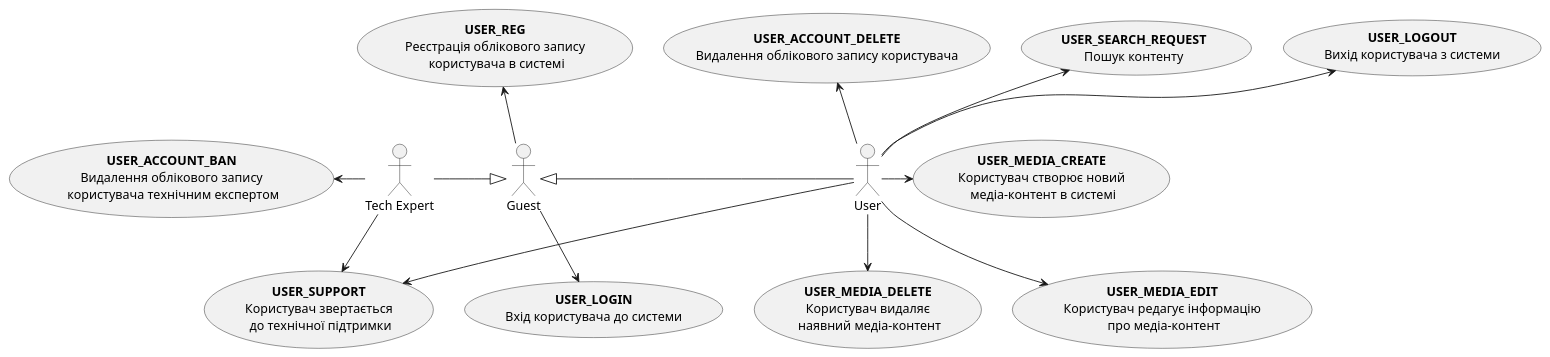
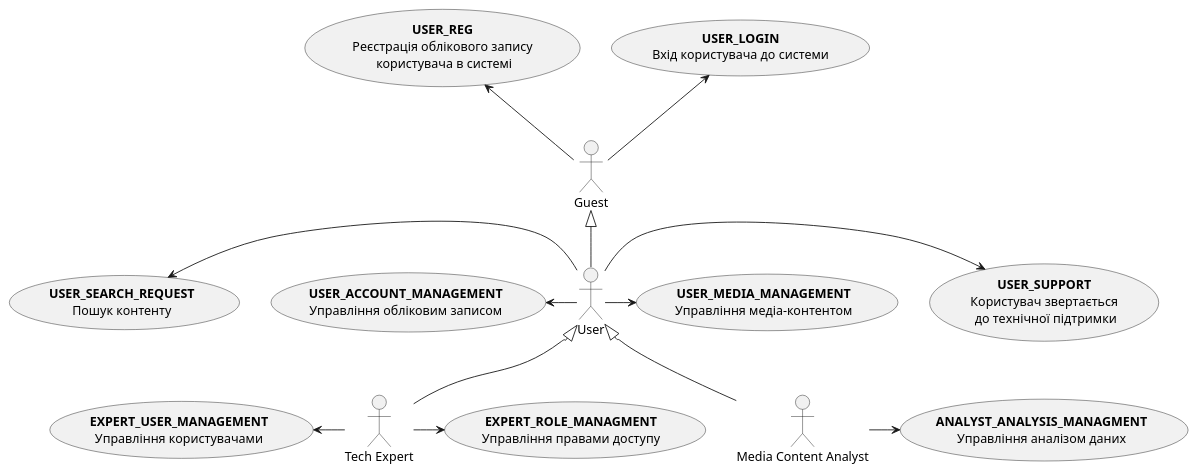
One commit to zhkcll/lab6 changed the first of 17 diagrams in docs/use_cases.md. Above: the diagram before and after it, drawn with PlantUML. The commit also changed other lines of this file, not shown here.

````diff
--- a/docs/use_cases.md
+++ b/docs/use_cases.md
@@ -7,36 +7,39 @@
 ```plantuml
 @startuml
 
     actor "Guest" as Guest
     actor "User" as User
     actor "Tech Expert" as Expert
+    actor "Media Content Analyst" as Analyst
+
 
     usecase "<b>USER_LOGIN</b>\nВхід користувача до системи" as UC_1
     usecase "<b>USER_REG</b>\nРеєстрація облікового запису\n користувача в системі" as UC_2
-    usecase "<b>USER_LOGOUT</b>\nВихід користувача з системи" as UC_3
-    usecase "<b>USER_SEARCH_REQUEST</b>\nПошук контенту" as UC_4
-    usecase "<b>USER_ACCOUNT_DELETE</b>\nВидалення облікового запису користувача" as UC_5
-    usecase "<b>USER_MEDIA_CREATE</b>\nКористувач створює новий\n медіа-контент в системі" as UC_6
-    usecase "<b>USER_MEDIA_DELETE</b>\nКористувач видаляє\n наявний медіа-контент" as UC_7
-    usecase "<b>USER_MEDIA_EDIT</b>\nКористувач редагує інформацію\n про медіа-контент" as UC_8
-    usecase "<b>USER_SUPPORT</b>\nКористувач звертається\n до технічної підтримки" as UC_9
-    usecase "<b>USER_ACCOUNT_BAN</b>\nВидалення облікового запису\n користувача технічним експертом" as UC_10
+    usecase "<b>USER_ACCOUNT_MANAGEMENT</b>\nУправління обліковим записом" as UC_3
+    usecase "<b>USER_MEDIA_MANAGEMENT</b>\nУправління медіа-контентом" as UC_4
+    usecase "<b>USER_SUPPORT</b>\nКористувач звертається\n до технічної підтримки" as UC_5
+    usecase "<b>EXPERT_USER_MANAGEMENT</b>\nУправління користувачами" as UC_6
+    usecase "<b>EXPERT_ROLE_MANAGMENT</b>\nУправління правами доступу" as UC_7
+    usecase "<b>ANALYST_ANALYSIS_MANAGMENT</b>\nУправління аналізом даних" as UC_8
+    usecase "<b>USER_SEARCH_REQUEST</b>\nПошук контенту" as UC_9
 
-    User -l-|> Guest
-    Expert -r-|> Guest
+    User -u-|> Guest
+    Expert -u-|> User
+    Analyst -u-|> User
 
-    Guest -d-> UC_1
+    Guest -u-> UC_1
     Guest -u-> UC_2
 
-    User -u-> UC_3
-    User -u-> UC_4
-    User -u-> UC_5
-    User -r-> UC_6
-    User -d-> UC_7
-    User -d-> UC_8
-    User -d-> UC_9
+    User -l-> UC_3
+    User -r-> UC_5
+    User -r-> UC_4
+    User -l-> UC_9
 
-    Expert -d-> UC_9
-    Expert -l-> UC_10
+    Expert -l-> UC_6
+    Expert -r-> UC_7
+
+    Analyst -r-> UC_8
+
+
 @enduml
 ```
````
